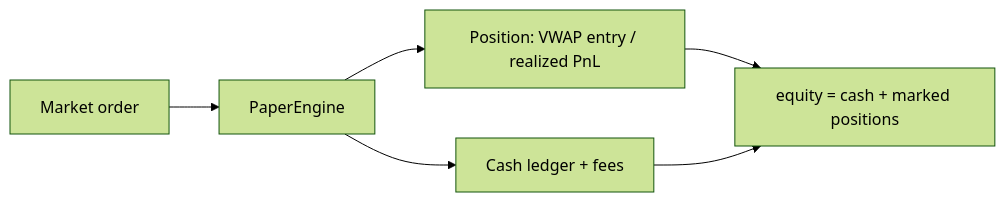
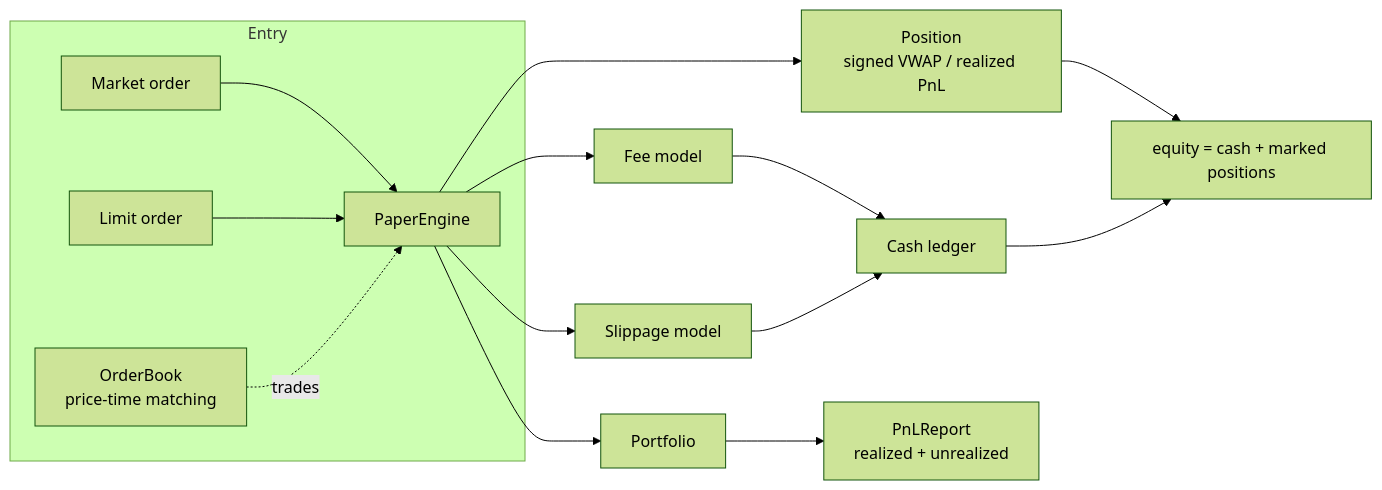
The diagram in README.md (Viprasol-Tech/paper-trading-engine), drawn with Mermaid (forest theme) before and after one commit. The commit also changed other lines of this file and 14 other files, not shown here.

````diff
--- a/README.md
+++ b/README.md
@@ -72,8 +129,17 @@
 ```mermaid
 flowchart LR
-    ORDER[Market order] --> ENG[PaperEngine]
-    ENG --> CASH[Cash ledger + fees]
-    ENG --> POS[Position: VWAP entry / realized PnL]
+    subgraph Entry
+        MO[Market order] --> ENG[PaperEngine]
+        LO[Limit order] --> ENG
+        OB[OrderBook<br/>price-time matching] -. trades .-> ENG
+    end
+    ENG --> FEE[Fee model]
+    ENG --> SLIP[Slippage model]
+    ENG --> POS[Position<br/>signed VWAP / realized PnL]
+    FEE --> CASH[Cash ledger]
+    SLIP --> CASH
     POS --> EQ[equity = cash + marked positions]
     CASH --> EQ
+    ENG --> PF[Portfolio]
+    PF --> RPT[PnLReport<br/>realized + unrealized]
 ```
````
